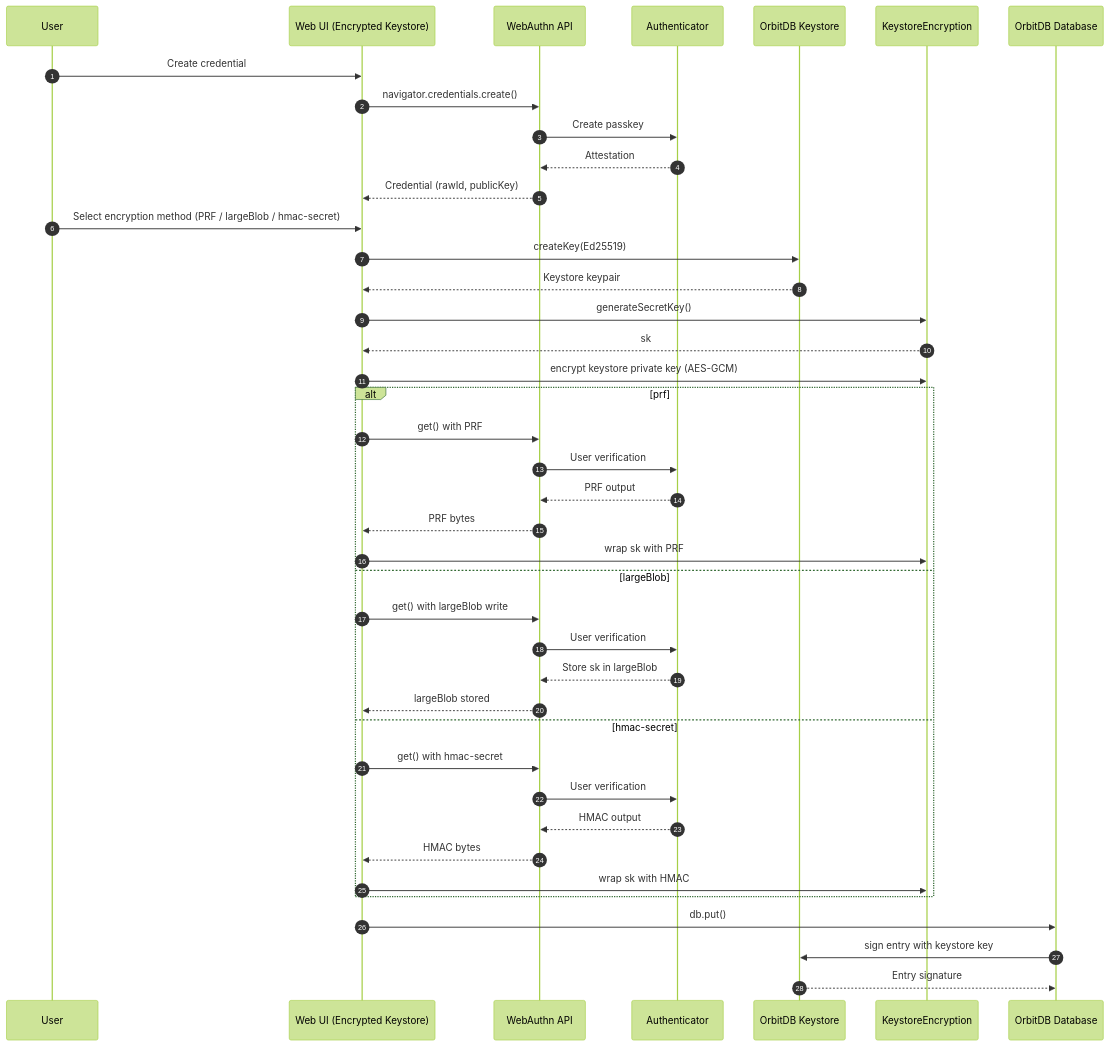
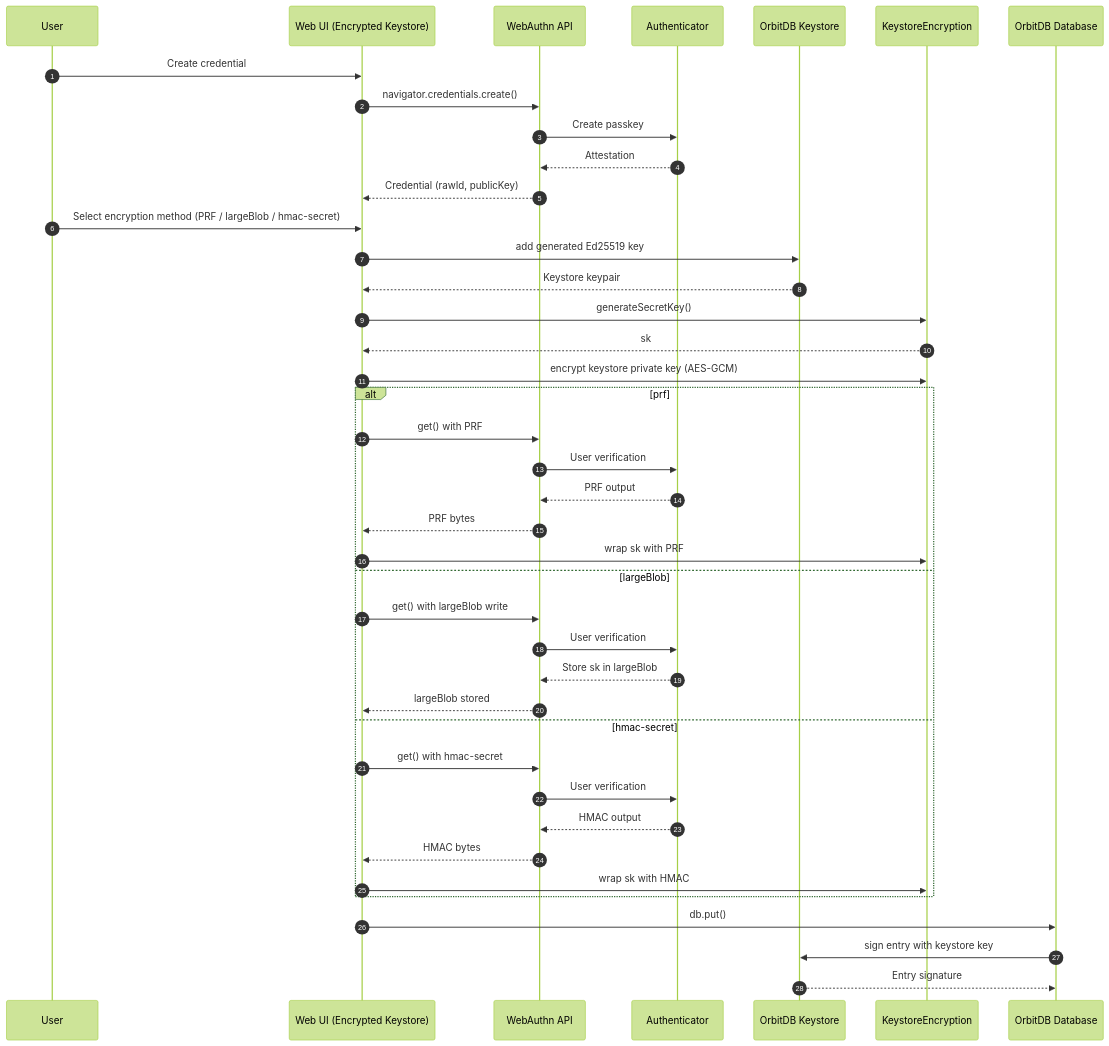
The fifth of 6 diagrams in docs/EXAMPLE-SEQUENCES.md (Le-Space/orbitdb-identity-provider-webauthn-did), drawn with Mermaid (forest theme) before and after one commit. The commit also changed other lines of this file and 34 other files, not shown here.

````diff
--- a/docs/EXAMPLE-SEQUENCES.md
+++ b/docs/EXAMPLE-SEQUENCES.md
@@ -167,47 +167,47 @@
 ```mermaid
 sequenceDiagram
   autonumber
   participant User
   participant App as Web UI (Encrypted Keystore)
   participant WebAuthn as WebAuthn API
   participant Auth as Authenticator
   participant KS as OrbitDB Keystore
   participant Enc as KeystoreEncryption
   participant DB as OrbitDB Database
 
   User->>App: Create credential
   App->>WebAuthn: navigator.credentials.create()
   WebAuthn->>Auth: Create passkey
   Auth-->>WebAuthn: Attestation
   WebAuthn-->>App: Credential (rawId, publicKey)
 
   User->>App: Select encryption method (PRF / largeBlob / hmac-secret)
-  App->>KS: createKey(Ed25519)
+  App->>KS: add generated Ed25519 key
   KS-->>App: Keystore keypair
   App->>Enc: generateSecretKey()
   Enc-->>App: sk
   App->>Enc: encrypt keystore private key (AES-GCM)
 
   alt prf
     App->>WebAuthn: get() with PRF
     WebAuthn->>Auth: User verification
     Auth-->>WebAuthn: PRF output
     WebAuthn-->>App: PRF bytes
     App->>Enc: wrap sk with PRF
   else largeBlob
     App->>WebAuthn: get() with largeBlob write
     WebAuthn->>Auth: User verification
     Auth-->>WebAuthn: Store sk in largeBlob
     WebAuthn-->>App: largeBlob stored
   else hmac-secret
     App->>WebAuthn: get() with hmac-secret
     WebAuthn->>Auth: User verification
     Auth-->>WebAuthn: HMAC output
     WebAuthn-->>App: HMAC bytes
     App->>Enc: wrap sk with HMAC
   end
 
   App->>DB: db.put()
   DB->>KS: sign entry with keystore key
   KS-->>DB: Entry signature
 ```
````
